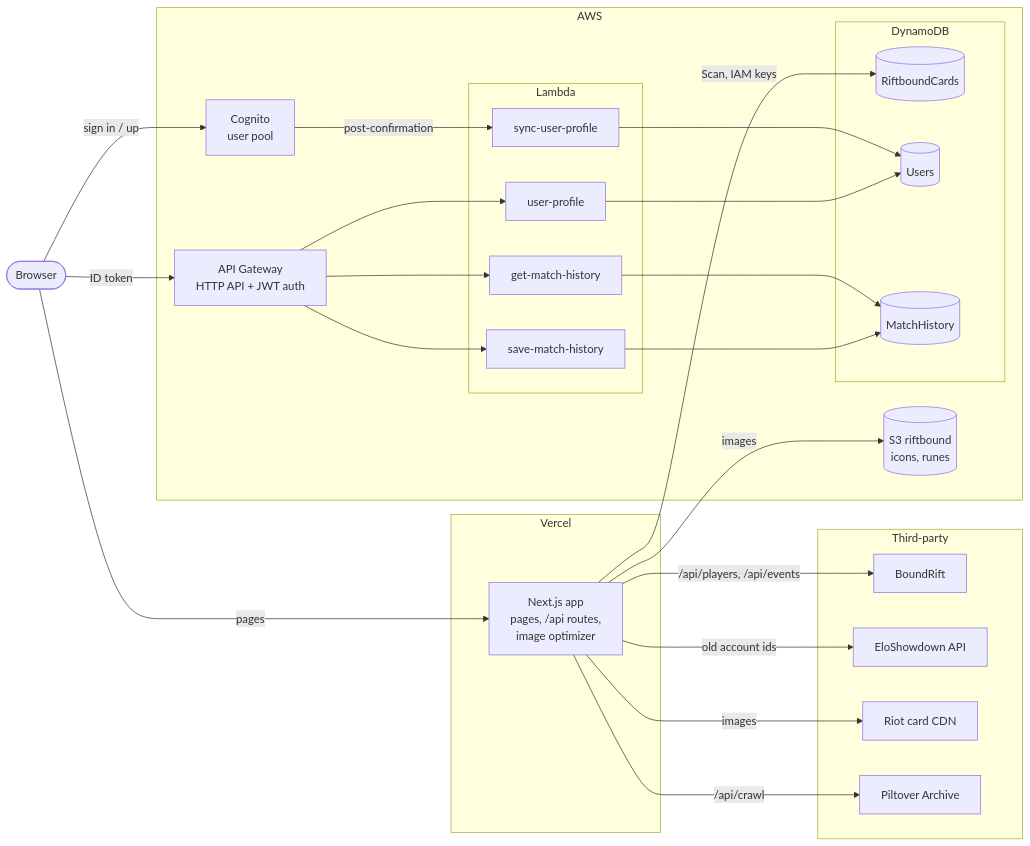
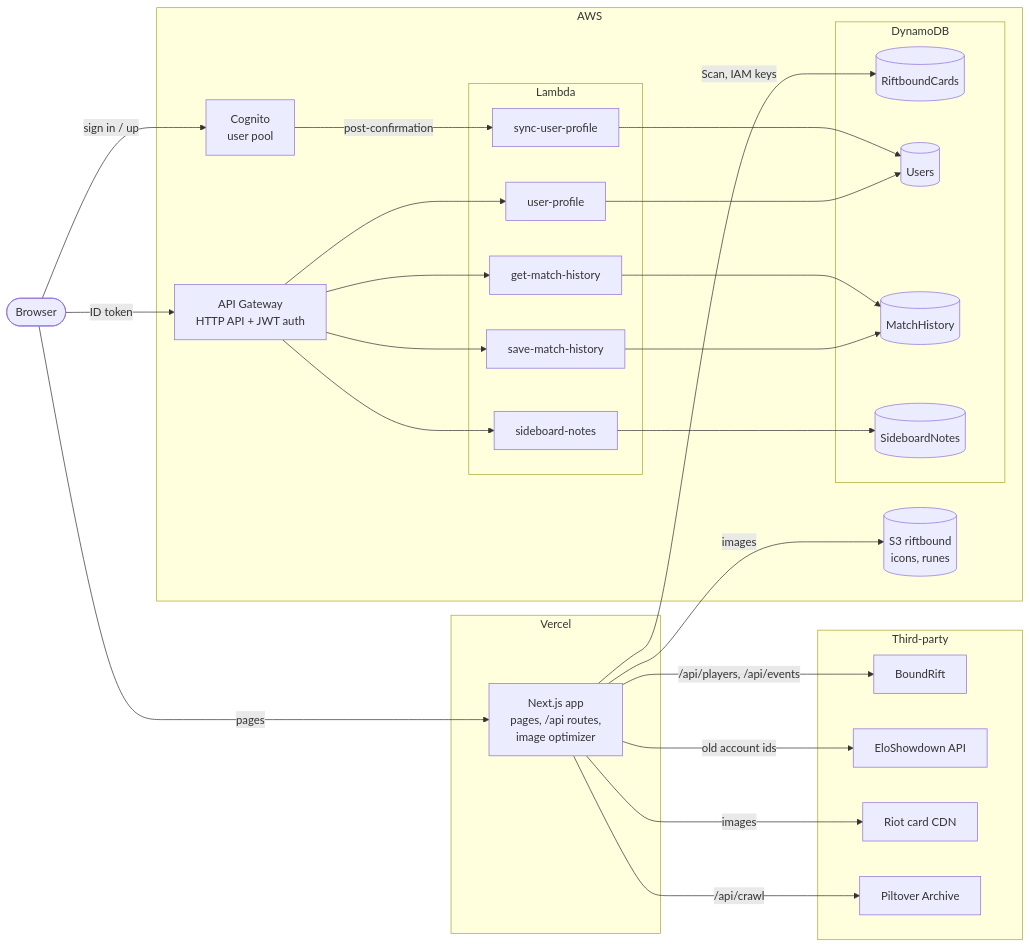
The first of 2 diagrams in README.md (tuananhc/Riftbound-Gallery), drawn with Mermaid before and after one commit. The commit also changed other lines of this file and 12 other files, not shown here.

Commit message:
move sideboard notes to its own table in dynamodb

````diff
--- a/README.md
+++ b/README.md
@@ -103,45 +103,48 @@
 ```mermaid
 flowchart LR
   browser(["Browser"])
 
   subgraph vercel["Vercel"]
     next["Next.js app<br/>pages, /api routes,<br/>image optimizer"]
   end
 
   subgraph aws["AWS"]
     cognito["Cognito<br/>user pool"]
     apigw["API Gateway<br/>HTTP API + JWT auth"]
     subgraph lambdas["Lambda"]
       getH["get-match-history"]
       saveH["save-match-history"]
       prof["user-profile"]
       sync["sync-user-profile"]
+      side["sideboard-notes"]
     end
     subgraph ddb["DynamoDB"]
       cards[("RiftboundCards")]
       users[("Users")]
       hist[("MatchHistory")]
+      sbn[("SideboardNotes")]
     end
     s3[("S3 riftbound<br/>icons, runes")]
   end
 
   subgraph ext["Third-party"]
     br["BoundRift"]
     elo["EloShowdown API"]
     riot["Riot card CDN"]
     pa["Piltover Archive"]
   end
 
   browser -->|pages| next
   browser -->|sign in / up| cognito
   browser -->|"ID token"| apigw
   cognito -->|post-confirmation| sync
   sync --> users
   apigw --> getH & saveH --> hist
   apigw --> prof --> users
+  apigw --> side --> sbn
   next -->|"Scan, IAM keys"| cards
   next -->|"/api/players, /api/events"| br
   next -->|"old account ids"| elo
   next -->|"/api/crawl"| pa
   next -->|images| s3 & riot
 ```
````
